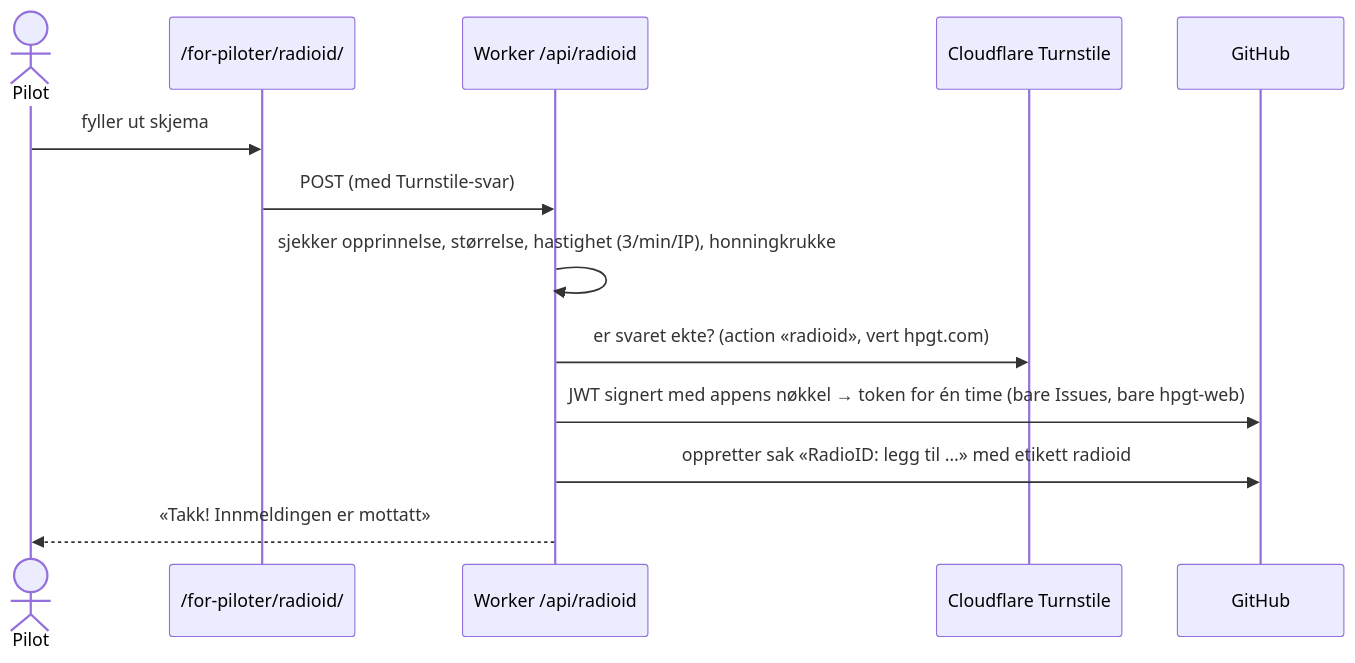
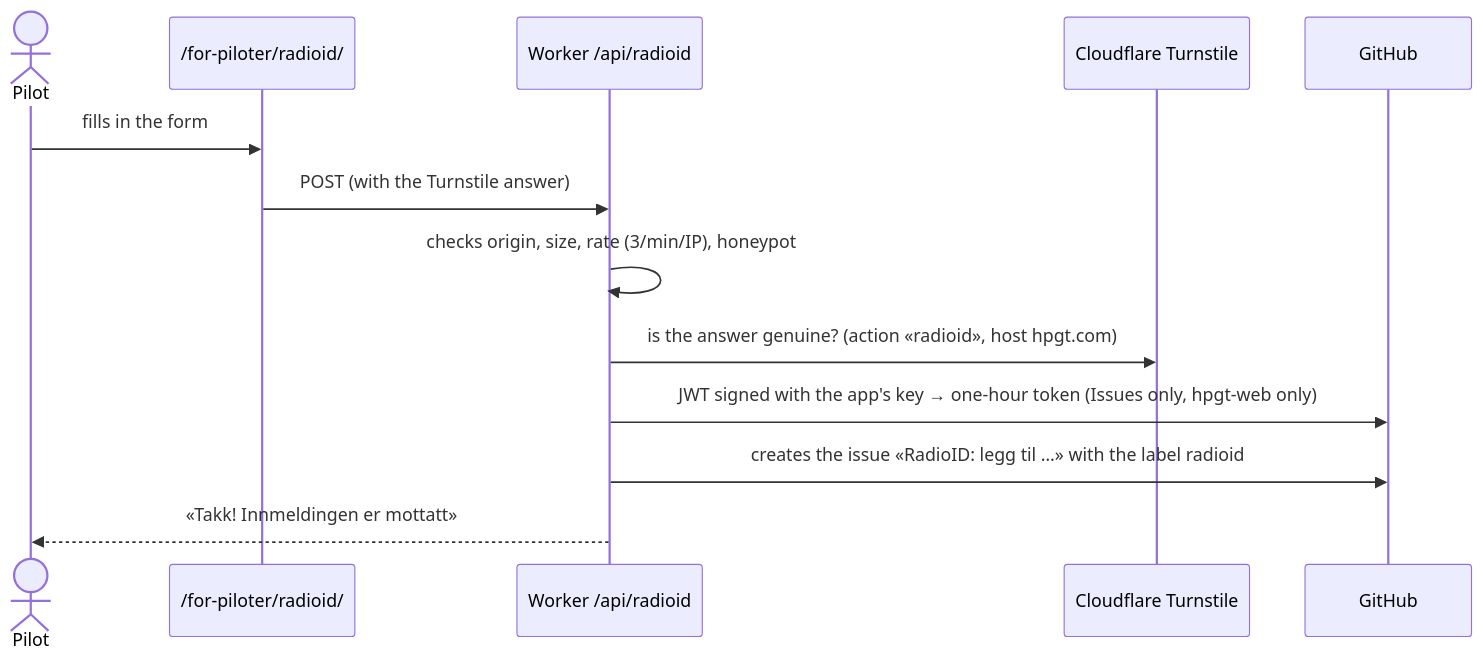
The third of 3 diagrams in docs/architecture.md (hpgt-com/hpgt-web), drawn with Mermaid before and after one commit. The commit also changed other lines of this file and 10 other files, not shown here.

````diff
--- a/docs/architecture.md
+++ b/docs/architecture.md
@@ -125,16 +126,16 @@
 ```mermaid
 sequenceDiagram
   actor Pilot
-  participant Side as /for-piloter/radioid/
+  participant Page as /for-piloter/radioid/
   participant W as Worker /api/radioid
   participant TS as Cloudflare Turnstile
   participant GH as GitHub
 
-  Pilot->>Side: fyller ut skjema
-  Side->>W: POST (med Turnstile-svar)
-  W->>W: sjekker opprinnelse, størrelse, hastighet (3/min/IP), honningkrukke
-  W->>TS: er svaret ekte? (action «radioid», vert hpgt.com)
-  W->>GH: JWT signert med appens nøkkel → token for én time (bare Issues, bare hpgt-web)
-  W->>GH: oppretter sak «RadioID: legg til …» med etikett radioid
+  Pilot->>Page: fills in the form
+  Page->>W: POST (with the Turnstile answer)
+  W->>W: checks origin, size, rate (3/min/IP), honeypot
+  W->>TS: is the answer genuine? (action «radioid», host hpgt.com)
+  W->>GH: JWT signed with the app's key → one-hour token (Issues only, hpgt-web only)
+  W->>GH: creates the issue «RadioID: legg til …» with the label radioid
   W-->>Pilot: «Takk! Innmeldingen er mottatt»
 ```
````
